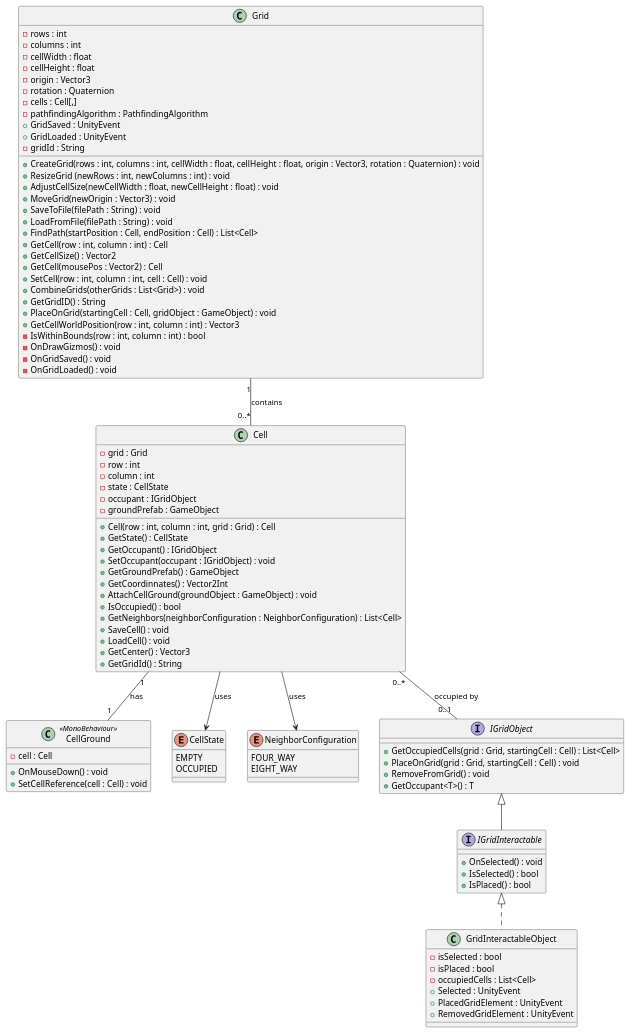
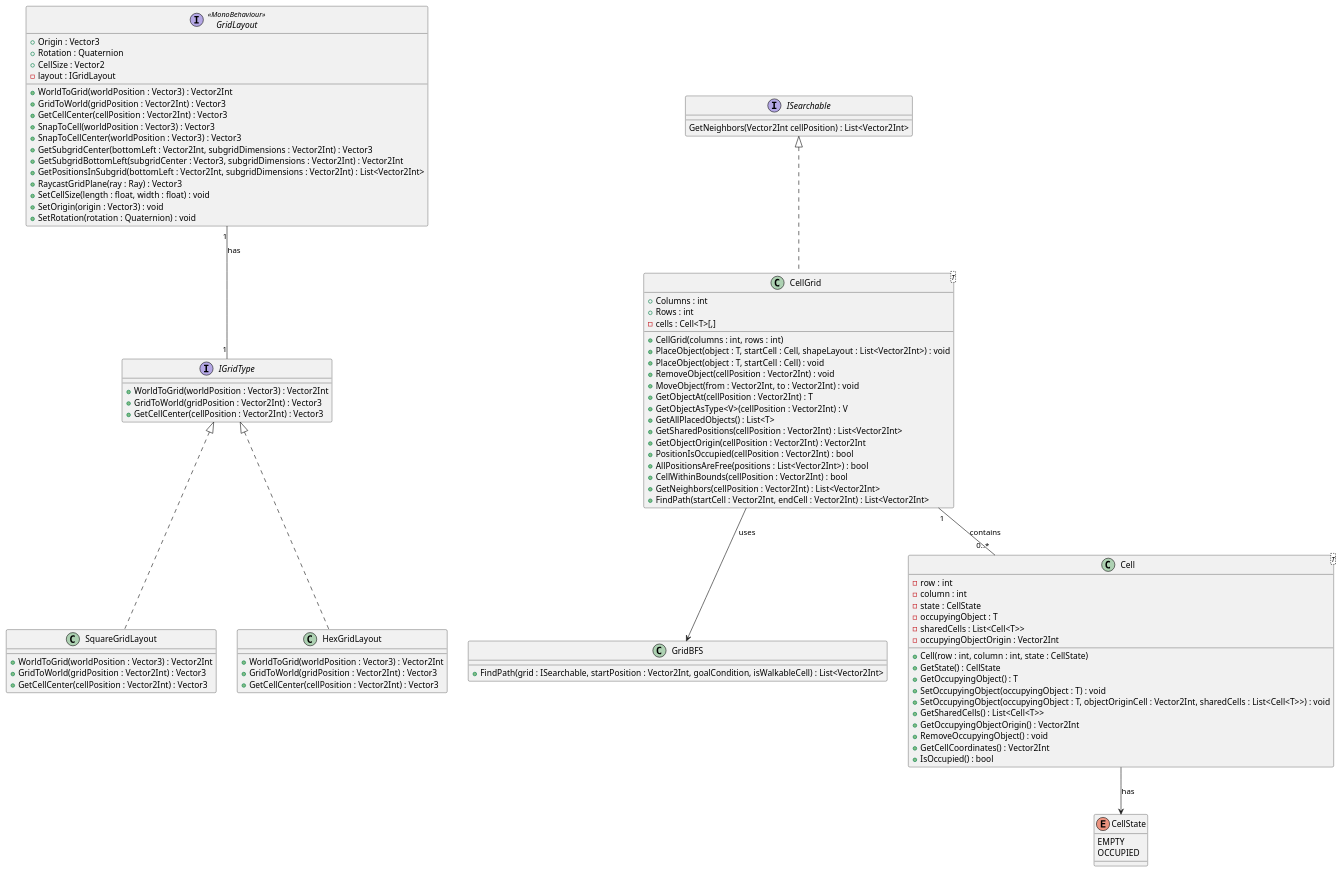
One commit to CarGAnd/FactoryGameJam changed the diagram in UML/GridSystem.puml. Above: the diagram before and after it, drawn with PlantUML. The commit also changed 7 other files, not shown here.

Commit message:
[Refactor, Design] Updated UML for grid system and renamed methods and arguments in grid system to be more consistent

```diff
--- a/UML/GridSystem.puml
+++ b/UML/GridSystem.puml
@@ -1,106 +1,102 @@
-@startuml GridSystem
+@startuml GridSystemV2
 
-class Grid{
-    - rows : int
-    - columns : int
-    - cellWidth : float
-    - cellHeight : float
-    - origin : Vector3
-    - rotation : Quaternion
-    - cells : Cell[,]
-    - pathfindingAlgorithm : PathfindingAlgorithm
-    + GridSaved : UnityEvent
-    + GridLoaded : UnityEvent
-    - gridId : String
+interface GridLayout <<MonoBehaviour>> {
+    + Origin : Vector3
+    + Rotation : Quaternion
+    + CellSize : Vector2
+    - layout : IGridLayout
 
-    + CreateGrid(rows : int, columns : int, cellWidth : float, cellHeight : float, origin : Vector3, rotation : Quaternion) : void
-    + ResizeGrid (newRows : int, newColumns : int) : void
-    + AdjustCellSize(newCellWidth : float, newCellHeight : float) : void
-    + MoveGrid(newOrigin : Vector3) : void
-    + SaveToFile(filePath : String) : void
-    + LoadFromFile(filePath : String) : void
-    + FindPath(startPosition : Cell, endPosition : Cell) : List<Cell>
-    + GetCell(row : int, column : int) : Cell
-    + GetCellSize() : Vector2
-    + GetCell(mousePos : Vector2) : Cell
-    + SetCell(row : int, column : int, cell : Cell) : void
-    + CombineGrids(otherGrids : List<Grid>) : void
-    + GetGridID() : String
-    + PlaceOnGrid(startingCell : Cell, gridObject : GameObject) : void
-    + GetCellWorldPosition(row : int, column : int) : Vector3
-    - IsWithinBounds(row : int, column : int) : bool
-    - OnDrawGizmos() : void
-    - OnGridSaved() : void
-    - OnGridLoaded() : void
+    + WorldToGrid(worldPosition : Vector3) : Vector2Int
+    + GridToWorld(gridPosition : Vector2Int) : Vector3
+    + GetCellCenter(cellPosition : Vector2Int) : Vector3
+    + SnapToCell(worldPosition : Vector3) : Vector3
+    + SnapToCellCenter(worldPosition : Vector3) : Vector3
+    + GetSubgridCenter(bottomLeft : Vector2Int, subgridDimensions : Vector2Int) : Vector3
+    + GetSubgridBottomLeft(subgridCenter : Vector3, subgridDimensions : Vector2Int) : Vector2Int
+    + GetPositionsInSubgrid(bottomLeft : Vector2Int, subgridDimensions : Vector2Int) : List<Vector2Int>
+    + RaycastGridPlane(ray : Ray) : Vector3
+    + SetCellSize(length : float, width : float) : void
+    + SetOrigin(origin : Vector3) : void
+    + SetRotation(rotation : Quaternion) : void
 }
 
-class Cell {
-    - grid : Grid
+class SquareGridLayout implements IGridType {
+    + WorldToGrid(worldPosition : Vector3) : Vector2Int
+    + GridToWorld(gridPosition : Vector2Int) : Vector3
+    + GetCellCenter(cellPosition : Vector2Int) : Vector3
+}
+
+class HexGridLayout implements IGridType {
+    + WorldToGrid(worldPosition : Vector3) : Vector2Int
+    + GridToWorld(gridPosition : Vector2Int) : Vector3
+    + GetCellCenter(cellPosition : Vector2Int) : Vector3
+}
+
+interface IGridType {
+    + WorldToGrid(worldPosition : Vector3) : Vector2Int
+    + GridToWorld(gridPosition : Vector2Int) : Vector3
+    + GetCellCenter(cellPosition : Vector2Int) : Vector3
+}
+
+interface ISearchable {
+    GetNeighbors(Vector2Int cellPosition) : List<Vector2Int>
+}
+
+class GridBFS {
+    + FindPath(grid : ISearchable, startPosition : Vector2Int, goalCondition, isWalkableCell) : List<Vector2Int>
+}
+
+class CellGrid<T> implements ISearchable {
+    + Columns : int
+    + Rows : int
+    - cells : Cell<T>[,]
+
+    + CellGrid(columns : int, rows : int)
+    + PlaceObject(object : T, startCell : Cell, shapeLayout : List<Vector2Int>) : void
+    + PlaceObject(object : T, startCell : Cell) : void
+    + RemoveObject(cellPosition : Vector2Int) : void
+    + MoveObject(from : Vector2Int, to : Vector2Int) : void
+    + GetObjectAt(cellPosition : Vector2Int) : T
+    + GetObjectAsType<V>(cellPosition : Vector2Int) : V
+    + GetAllPlacedObjects() : List<T>
+    + GetSharedPositions(cellPosition : Vector2Int) : List<Vector2Int>
+    + GetObjectOrigin(cellPosition : Vector2Int) : Vector2Int
+    + PositionIsOccupied(cellPosition : Vector2Int) : bool
+    + AllPositionsAreFree(positions : List<Vector2Int>) : bool
+    + CellWithinBounds(cellPosition : Vector2Int) : bool
+    + GetNeighbors(cellPosition : Vector2Int) : List<Vector2Int>
+    + FindPath(startCell : Vector2Int, endCell : Vector2Int) : List<Vector2Int>
+}
+
+class Cell<T>{
     - row : int
     - column : int
     - state : CellState
-    - occupant : IGridObject
-    - groundPrefab : GameObject
-
-    + Cell(row : int, column : int, grid : Grid) : Cell
+    - occupyingObject : T
+    - sharedCells : List<Cell<T>>
+    - occupyingObjectOrigin : Vector2Int
+    
+    + Cell(row : int, column : int, state : CellState)
     + GetState() : CellState
-    + GetOccupant() : IGridObject
-    + SetOccupant(occupant : IGridObject) : void
-    + GetGroundPrefab() : GameObject
-    + GetCoordinnates() : Vector2Int
-    + AttachCellGround(groundObject : GameObject) : void
+    + GetOccupyingObject() : T
+    + SetOccupyingObject(occupyingObject : T) : void
+    + SetOccupyingObject(occupyingObject : T, objectOriginCell : Vector2Int, sharedCells : List<Cell<T>>) : void
+    + GetSharedCells() : List<Cell<T>>
+    + GetOccupyingObjectOrigin() : Vector2Int
+    + RemoveOccupyingObject() : void
+    + GetCellCoordinates() : Vector2Int
     + IsOccupied() : bool
-    + GetNeighbors(neighborConfiguration : NeighborConfiguration) : List<Cell>
-    + SaveCell() : void
-    + LoadCell() : void
-    + GetCenter() : Vector3
-    + GetGridId() : String
 }
 
-class CellGround <<MonoBehaviour>> {
-    - cell : Cell
-    
-    + OnMouseDown() : void
-    + SetCellReference(cell : Cell) : void
-}
-
-enum CellState {
+enum CellState{
     EMPTY
     OCCUPIED
 }
 
-enum NeighborConfiguration{
-    FOUR_WAY
-    EIGHT_WAY
-}
+CellGrid "1" -- "0..*" Cell : contains
+CellGrid --> GridBFS : uses
+GridLayout "1" -- "1" IGridType : has
+Cell --> CellState : has
 
-interface IGridObject {
-    + GetOccupiedCells(grid : Grid, startingCell : Cell) : List<Cell>
-    + PlaceOnGrid(grid : Grid, startingCell : Cell) : void
-    + RemoveFromGrid() : void
-    + GetOccupant<T>() : T
-}
-
-interface IGridInteractable extends IGridObject {
-    + OnSelected() : void
-    + IsSelected() : bool
-    + IsPlaced() : bool
-
-}
-
-class GridInteractableObject implements IGridInteractable {
-    - isSelected : bool
-    - isPlaced : bool
-    - occupiedCells : List<Cell>
-    + Selected : UnityEvent
-    + PlacedGridElement : UnityEvent
-    + RemovedGridElement : UnityEvent	
-}
-
-Cell --> CellState : uses
-Cell --> NeighborConfiguration : uses
-Cell "1" -- "1" CellGround : has
-Cell "0..*" -- "0..1" IGridObject : occupied by
-Grid "1" -- "0..*" Cell : contains
 
 @enduml
```
